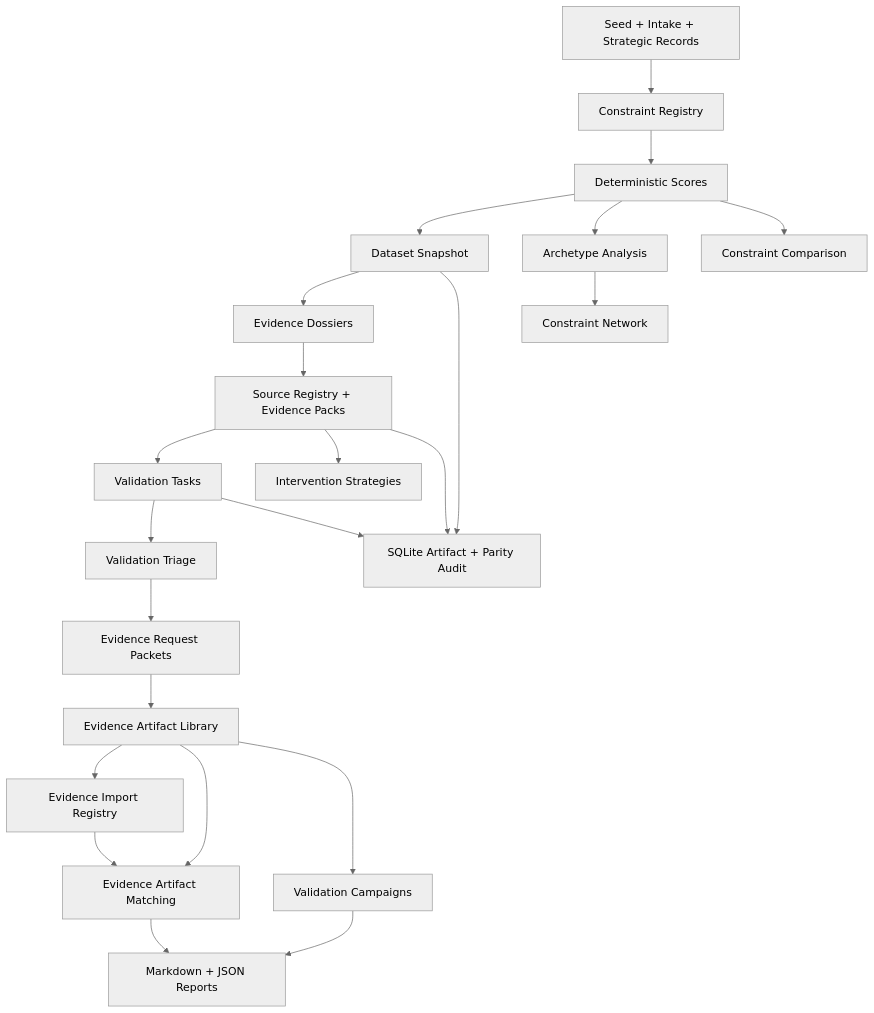
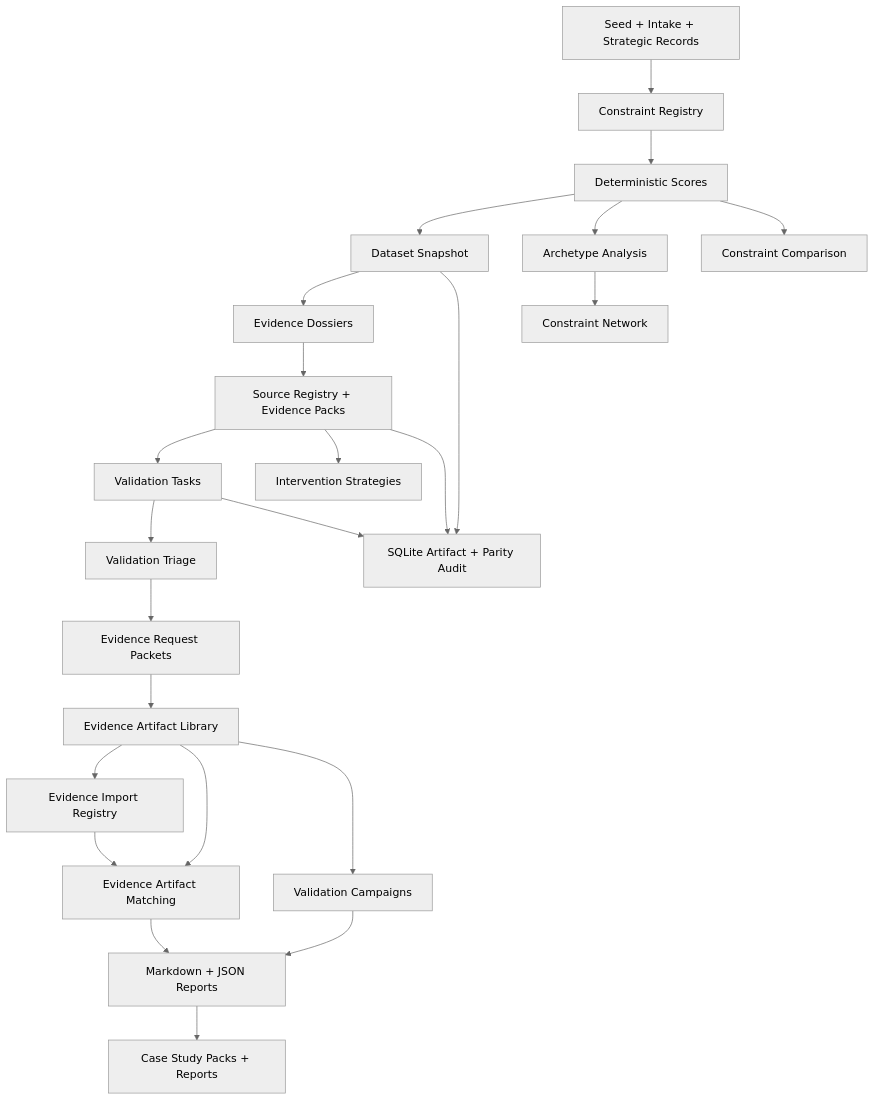
One commit to EtherTabu/economic-x-ray-vision changed the first of 2 diagrams in README.md. Above: the diagram before and after it, drawn with Mermaid (neutral theme). The commit also changed other lines of this file and 12 other files, not shown here.

Commit message:
Add case study evidence request pack

````diff
--- a/README.md
+++ b/README.md
@@ -137,25 +141,26 @@
 ```mermaid
 flowchart TD
   A["Seed + Intake + Strategic Records"] --> B["Constraint Registry"]
   B --> C["Deterministic Scores"]
   C --> D["Dataset Snapshot"]
   D --> E["Evidence Dossiers"]
   E --> F["Source Registry + Evidence Packs"]
   F --> G["Validation Tasks"]
   G --> H["Validation Triage"]
   H --> I["Evidence Request Packets"]
   I --> P["Evidence Artifact Library"]
   P --> Q["Evidence Import Registry"]
   Q --> R["Evidence Artifact Matching"]
   P --> R
   P --> J["Validation Campaigns"]
   J --> S["Markdown + JSON Reports"]
   R --> S
+  S --> X["Case Study Packs + Reports"]
   F --> K["Intervention Strategies"]
   C --> L["Archetype Analysis"]
   L --> M["Constraint Network"]
   C --> N["Constraint Comparison"]
   D --> O["SQLite Artifact + Parity Audit"]
   F --> O
   G --> O
 ```
````
